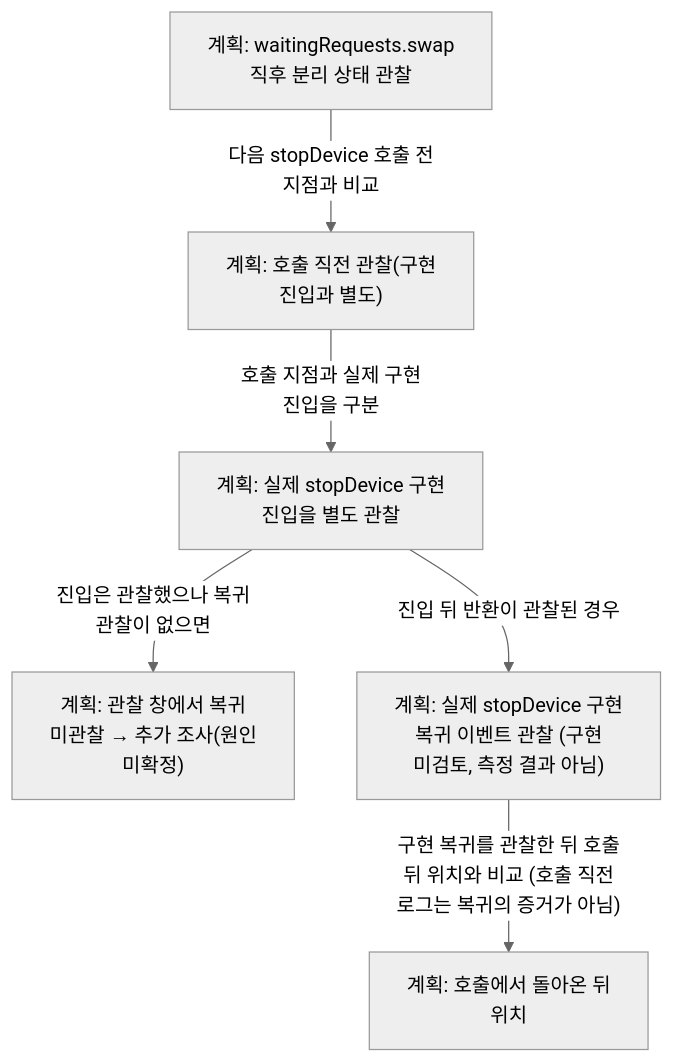
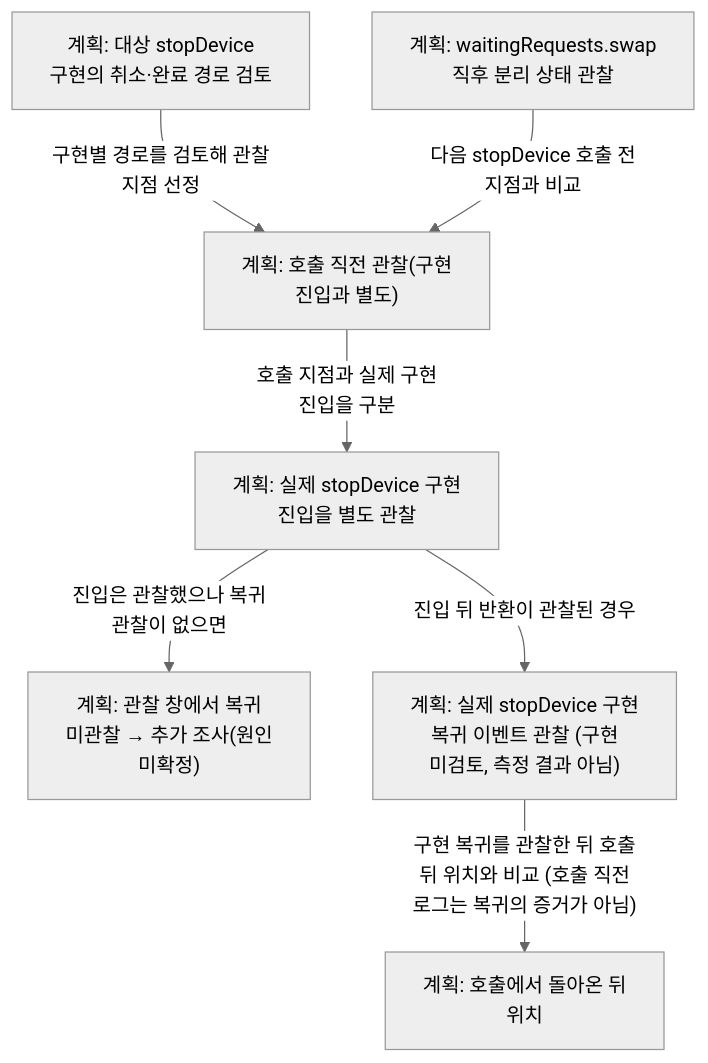
One commit to TTolsun/libcamera-sdd changed diagram 16 of 20 in docs/request-lifecycle.md. Above: the diagram before and after it, drawn with Mermaid (neutral theme). The commit also changed other lines of this file and 79 other files, not shown here.

Commit message:
Publish source-bound diagnostic navigation and pipeline stop guidance

````diff
--- a/docs/request-lifecycle.md
+++ b/docs/request-lifecycle.md
@@ -721,15 +719,17 @@
 ```mermaid
 flowchart TB
-%% sdd:translations {"계획: waitingRequests.swap <br/>직후 분리 상태 관찰": "Plan: inspect separation <br/>immediately after <br/>waitingRequests.swap", "계획: 관찰 창에서 복귀 <br/>미관찰 → 추가 조사#40;원인 <br/>미확정#41;": "Plan: no observed return in <br/>observation window → <br/>investigate; cause <br/>unresolved", "계획: 실제 stopDevice 구현 <br/>복귀 이벤트 관찰 #40;구현 <br/>미검토, 측정 결과 아님#41;": "Plan: observe the actual <br/>stopDevice implementation <br/>return event <br/>#40;implementation not <br/>reviewed, not a measured <br/>result#41;", "계획: 실제 stopDevice 구현 <br/>진입을 별도 관찰": "Plan: separately observe <br/>entry into the actual <br/>stopDevice implementation", "계획: 호출 직전 관찰#40;구현 <br/>진입과 별도#41;": "Plan: observe before call, <br/>separately from <br/>implementation entry", "계획: 호출에서 돌아온 뒤 <br/>위치": "Plan: source position after <br/>the call returns", "구현 복귀를 관찰한 뒤 호출 <br/>뒤 위치와 비교 #40;호출 직전 <br/>로그는 복귀의 증거가 아님#41;": "Compare with the post-call <br/>position after an observed <br/>implementation return #40;a <br/>before-call log is not <br/>evidence of return#41;", "다음 stopDevice 호출 전 <br/>지점과 비교": "Compare with the position <br/>before the following <br/>stopDevice call", "진입 뒤 반환이 관찰된 경우": "If a return is observed <br/>after entry", "진입은 관찰했으나 복귀 <br/>관찰이 없으면": "If entry was observed but <br/>return was not", "호출 지점과 실제 구현 <br/>진입을 구분": "Distinguish call site from <br/>actual implementation entry"}
+%% sdd:translations {"계획: waitingRequests.swap <br/>직후 분리 상태 관찰": "Plan: inspect separation <br/>immediately after <br/>waitingRequests.swap", "계획: 관찰 창에서 복귀 <br/>미관찰 → 추가 조사#40;원인 <br/>미확정#41;": "Plan: no observed return in <br/>observation window → <br/>investigate; cause <br/>unresolved", "계획: 대상 stopDevice <br/>구현의 취소·완료 경로 검토": "Plan: review cancellation <br/>and completion in the <br/>target stopDevice <br/>implementation", "계획: 실제 stopDevice 구현 <br/>복귀 이벤트 관찰 #40;구현 <br/>미검토, 측정 결과 아님#41;": "Plan: observe the actual <br/>stopDevice implementation <br/>return event <br/>#40;implementation not <br/>reviewed, not a measured <br/>result#41;", "계획: 실제 stopDevice 구현 <br/>진입을 별도 관찰": "Plan: separately observe <br/>entry into the actual <br/>stopDevice implementation", "계획: 호출 직전 관찰#40;구현 <br/>진입과 별도#41;": "Plan: observe before call, <br/>separately from <br/>implementation entry", "계획: 호출에서 돌아온 뒤 <br/>위치": "Plan: source position after <br/>the call returns", "구현 복귀를 관찰한 뒤 호출 <br/>뒤 위치와 비교 #40;호출 직전 <br/>로그는 복귀의 증거가 아님#41;": "Compare with the post-call <br/>position after an observed <br/>implementation return #40;a <br/>before-call log is not <br/>evidence of return#41;", "구현별 경로를 검토해 관찰 <br/>지점 선정": "Select observation points <br/>after reviewing <br/>implementation-specific <br/>paths", "다음 stopDevice 호출 전 <br/>지점과 비교": "Compare with the position <br/>before the following <br/>stopDevice call", "진입 뒤 반환이 관찰된 경우": "If a return is observed <br/>after entry", "진입은 관찰했으나 복귀 <br/>관찰이 없으면": "If entry was observed but <br/>return was not", "호출 지점과 실제 구현 <br/>진입을 구분": "Distinguish call site from <br/>actual implementation entry"}
+  v_review["계획: 대상 stopDevice <br/>구현의 취소·완료 경로 검토"]
   v_detach["계획: waitingRequests.swap <br/>직후 분리 상태 관찰"]
   v_before["계획: 호출 직전 관찰#40;구현 <br/>진입과 별도#41;"]
   v_call["계획: 실제 stopDevice 구현 <br/>진입을 별도 관찰"]
   v_after["계획: 호출에서 돌아온 뒤 <br/>위치"]
   v_unreturned["계획: 관찰 창에서 복귀 <br/>미관찰 → 추가 조사#40;원인 <br/>미확정#41;"]
   v_implementation-return["계획: 실제 stopDevice 구현 <br/>복귀 이벤트 관찰 #40;구현 <br/>미검토, 측정 결과 아님#41;"]
+  v_review -->|"구현별 경로를 검토해 관찰 <br/>지점 선정"| v_before
   v_detach -->|"다음 stopDevice 호출 전 <br/>지점과 비교"| v_before
   v_before -->|"호출 지점과 실제 구현 <br/>진입을 구분"| v_call
   v_call -->|"진입 뒤 반환이 관찰된 경우"| v_implementation-return
   v_call -->|"진입은 관찰했으나 복귀 <br/>관찰이 없으면"| v_unreturned
   v_implementation-return -->|"구현 복귀를 관찰한 뒤 호출 <br/>뒤 위치와 비교 #40;호출 직전 <br/>로그는 복귀의 증거가 아님#41;"| v_after
 ```
````
